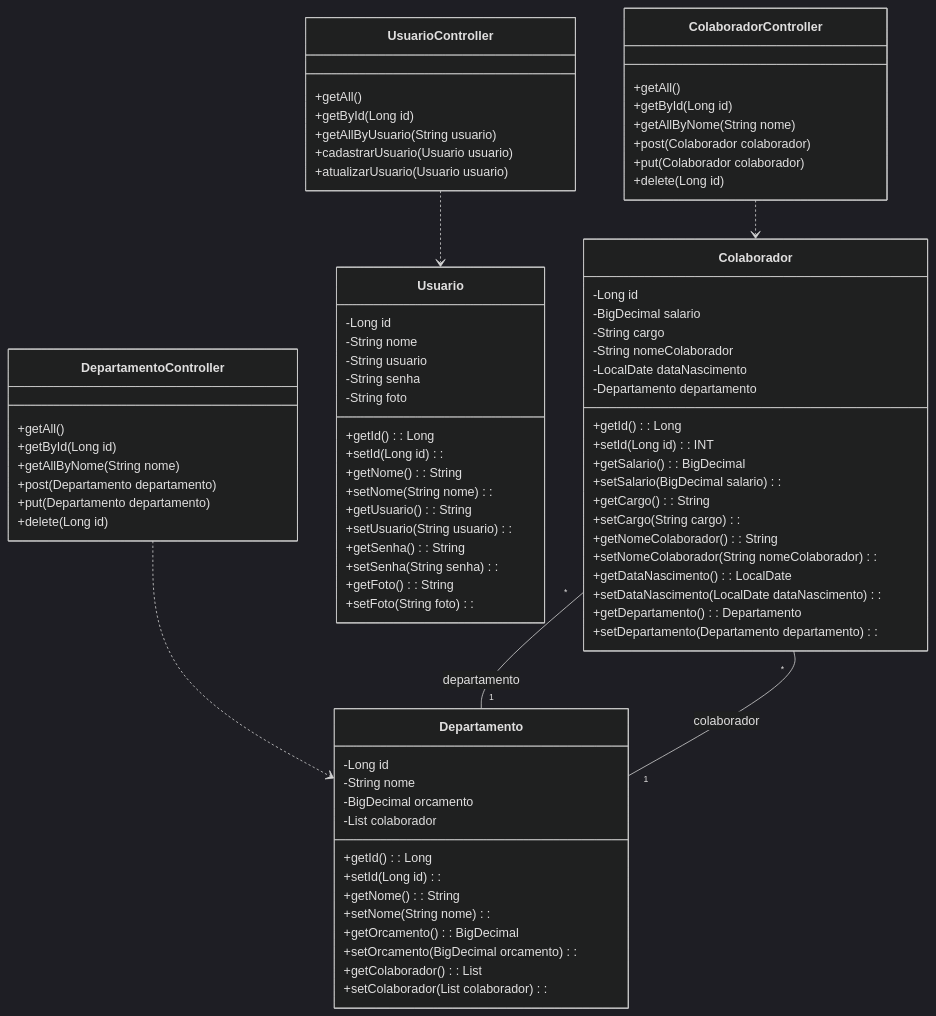
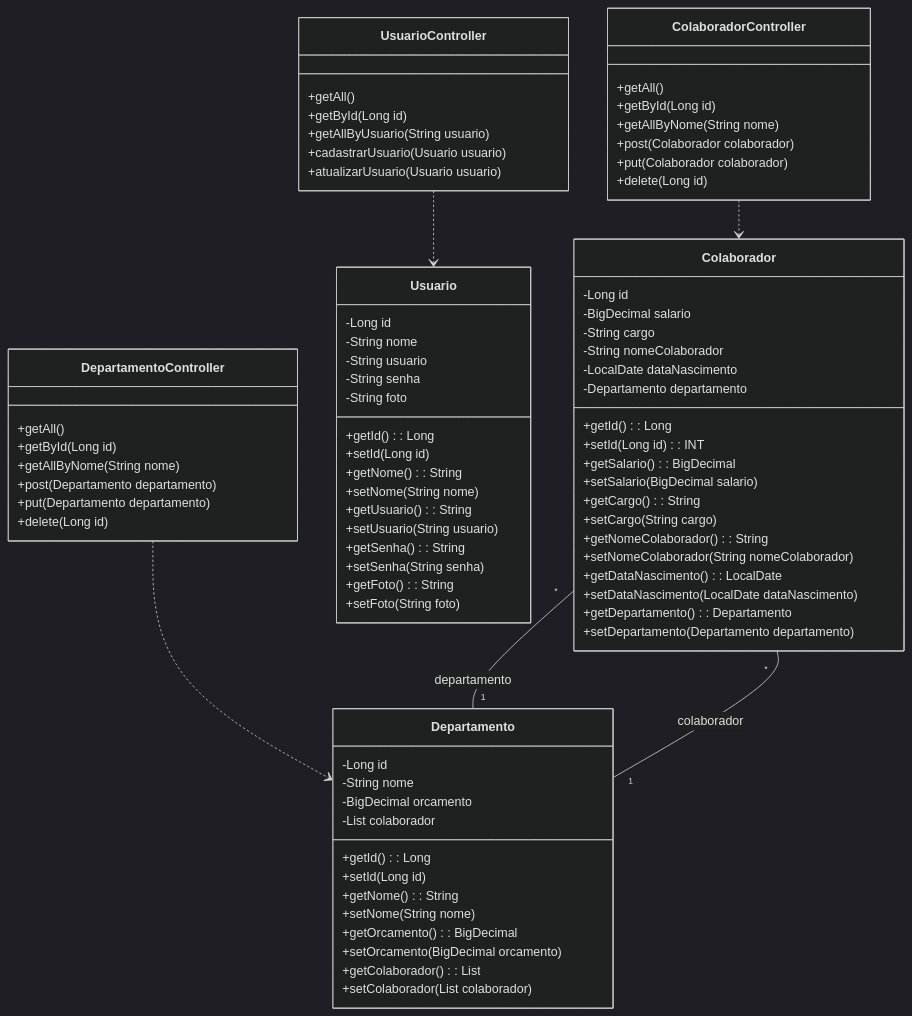
The diagram in README.md (Wezzlim/helloworld_spring), drawn with Mermaid (dark theme) before and after one commit.

```diff
--- a/README.md
+++ b/README.md
@@ -48,19 +48,19 @@
     +setId(Long id) : INT  
 
     +getSalario() : BigDecimal  
-    +setSalario(BigDecimal salario) :   
+    +setSalario(BigDecimal salario)    
 
     +getCargo() : String  
-    +setCargo(String cargo) :   
+    +setCargo(String cargo)    
 
     +getNomeColaborador() : String  
-    +setNomeColaborador(String nomeColaborador) :   
+    +setNomeColaborador(String nomeColaborador)    
 
     +getDataNascimento() : LocalDate  
-    +setDataNascimento(LocalDate dataNascimento) :   
+    +setDataNascimento(LocalDate dataNascimento)    
 
     +getDepartamento() : Departamento  
-    +setDepartamento(Departamento departamento) :   
+    +setDepartamento(Departamento departamento)    
     }
 
     class Departamento {
@@ -70,16 +70,16 @@
     -List<Colaborador> colaborador
 
     +getId() : Long
-    +setId(Long id) : 
+    +setId(Long id)  
 
     +getNome() : String
-    +setNome(String nome) : 
+    +setNome(String nome)  
 
     +getOrcamento() : BigDecimal
-    +setOrcamento(BigDecimal orcamento) : 
+    +setOrcamento(BigDecimal orcamento)  
 
     +getColaborador() : List<Colaborador>
-    +setColaborador(List<Colaborador> colaborador) : 
+    +setColaborador(List<Colaborador> colaborador)  
     }
 
     class Usuario {
@@ -90,19 +90,19 @@
     -String foto
 
     +getId() : Long
-    +setId(Long id) : 
+    +setId(Long id)  
 
     +getNome() : String
-    +setNome(String nome) : 
+    +setNome(String nome)  
 
     +getUsuario() : String
-    +setUsuario(String usuario) : 
+    +setUsuario(String usuario)  
 
     +getSenha() : String
-    +setSenha(String senha) : 
+    +setSenha(String senha)  
 
     +getFoto() : String
-    +setFoto(String foto) : 
+    +setFoto(String foto)  
     }
 
     class ColaboradorController {
```
